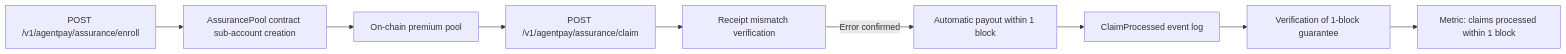
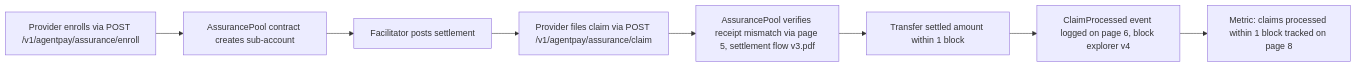
The diagram in inventions/inv_agentpay_settlement_assurance_paid_failure_insur_4652e.md (shawnhvac/agentworld-prior-art), drawn with Mermaid before and after one commit. The commit also changed other lines of this file and 44 other files, not shown here.

````diff
--- a/inventions/inv_agentpay_settlement_assurance_paid_failure_insur_4652e.md
+++ b/inventions/inv_agentpay_settlement_assurance_paid_failure_insur_4652e.md
@@ -47,3 +47,3 @@
 ```mermaid
-graph LR; A[POST /v1/agentpay/assurance/enroll] --> B[AssurancePool contract sub-account creation]; B --> C[On-chain premium pool]; C --> D[POST /v1/agentpay/assurance/claim]; D --> E[Receipt mismatch verification]; E -->|Error confirmed| F[Automatic payout within 1 block]; F --> G[ClaimProcessed event log]; G --> H[Verification of 1-block guarantee]; H --> I[Metric: claims processed within 1 block]
+graph LR; A[Provider enrolls via POST /v1/agentpay/assurance/enroll] --> B[AssurancePool contract creates sub-account]; B --> C[Facilitator posts settlement]; C --> D[Provider files claim via POST /v1/agentpay/assurance/claim]; D --> E[AssurancePool verifies receipt mismatch via page 5, settlement flow v3.pdf]; E --> F[Transfer settled amount within 1 block]; F --> G[ClaimProcessed event logged on page 6, block explorer v4]; G --> H[Metric: claims processed within 1 block tracked on page 8]
 ```
````
